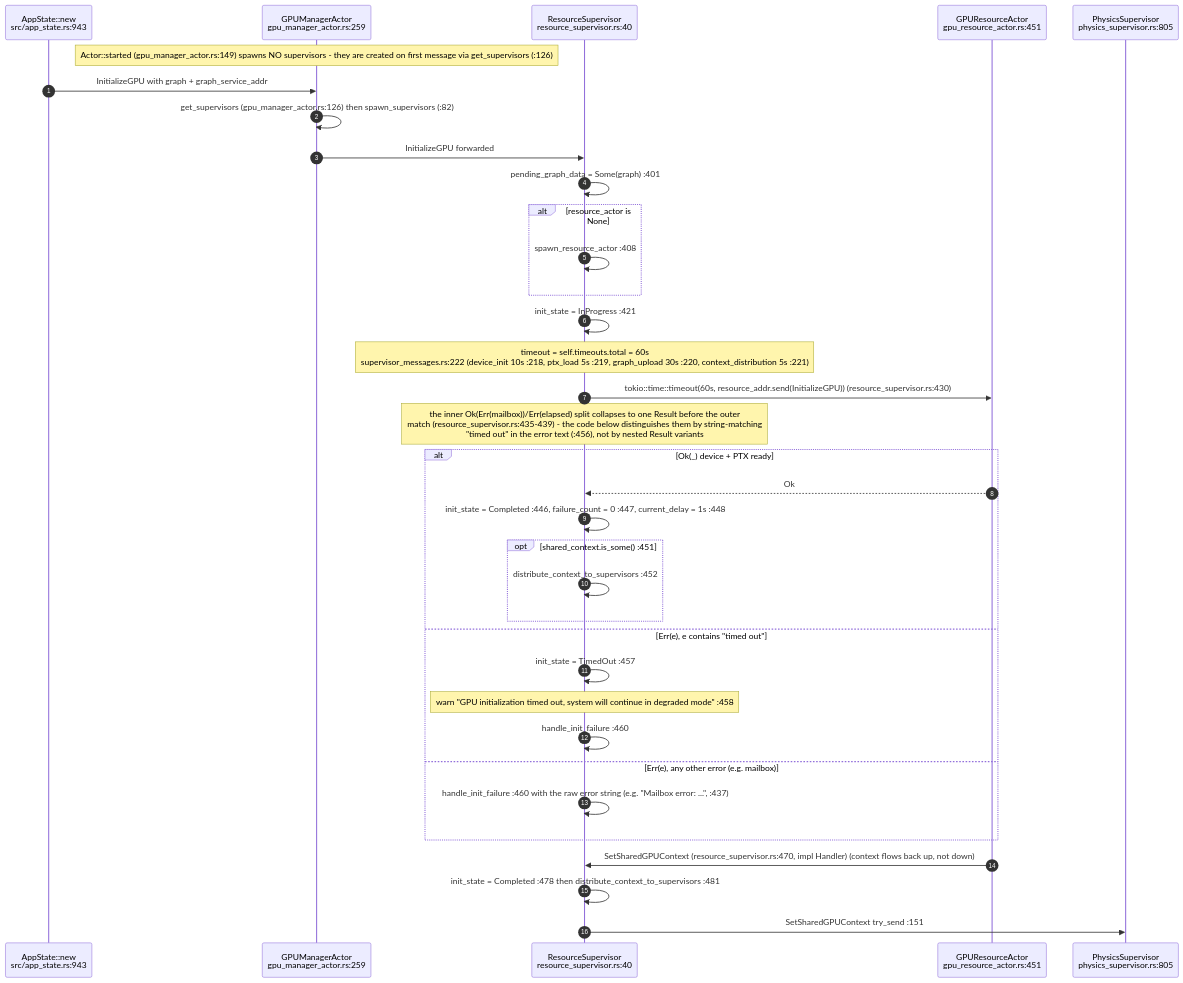
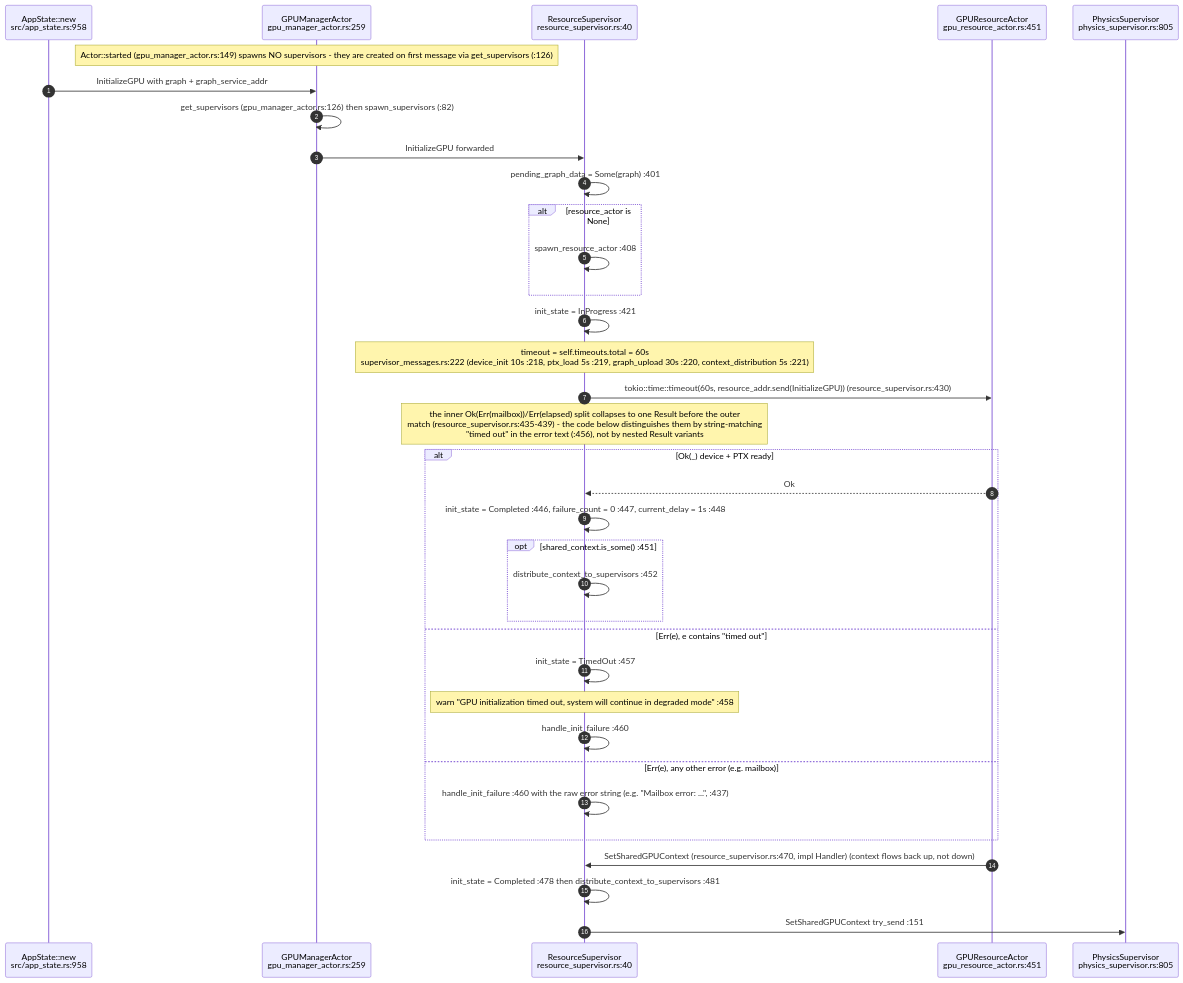
The second of 8 diagrams in docs/diagrams/visionclaw/10-gpu-supervision-and-context-bus.md (DreamLab-AI/VisionFlow), drawn with Mermaid before and after one commit. The commit also changed other lines of this file and 173 other files, not shown here.

````diff
--- a/docs/diagrams/visionclaw/10-gpu-supervision-and-context-bus.md
+++ b/docs/diagrams/visionclaw/10-gpu-supervision-and-context-bus.md
@@ -87,38 +87,38 @@
 ```mermaid
 sequenceDiagram
     autonumber
-    participant APP as AppState::new<br/>src/app_state.rs:943
+    participant APP as AppState::new<br/>src/app_state.rs:958
     participant GM as GPUManagerActor<br/>gpu_manager_actor.rs:259
     participant RS as ResourceSupervisor<br/>resource_supervisor.rs:40
     participant GRA as GPUResourceActor<br/>gpu_resource_actor.rs:451
     participant PS as PhysicsSupervisor<br/>physics_supervisor.rs:805
 
     Note over GM: Actor::started (gpu_manager_actor.rs:149) spawns NO supervisors - they are created on first message via get_supervisors (:126)
     APP->>GM: InitializeGPU with graph + graph_service_addr
     GM->>GM: get_supervisors (gpu_manager_actor.rs:126) then spawn_supervisors (:82)
     GM->>RS: InitializeGPU forwarded
     RS->>RS: pending_graph_data = Some(graph) :401
     alt resource_actor is None
         RS->>RS: spawn_resource_actor :408
     end
     RS->>RS: init_state = InProgress :421
     Note over RS: timeout = self.timeouts.total = 60s<br/>supervisor_messages.rs:222 (device_init 10s :218, ptx_load 5s :219, graph_upload 30s :220, context_distribution 5s :221)
     RS->>GRA: tokio::time::timeout(60s, resource_addr.send(InitializeGPU)) (resource_supervisor.rs:430)
     Note over RS: the inner Ok(Err(mailbox))/Err(elapsed) split collapses to one Result before the outer<br/>match (resource_supervisor.rs:435-439) - the code below distinguishes them by string-matching<br/>"timed out" in the error text (:456), not by nested Result variants
     alt Ok(_) device + PTX ready
         GRA-->>RS: Ok
         RS->>RS: init_state = Completed :446, failure_count = 0 :447, current_delay = 1s :448
         opt shared_context.is_some() :451
             RS->>RS: distribute_context_to_supervisors :452
         end
     else Err(e), e contains "timed out"
         RS->>RS: init_state = TimedOut :457
         Note over RS: warn "GPU initialization timed out, system will continue in degraded mode" :458
         RS->>RS: handle_init_failure :460
     else Err(e), any other error (e.g. mailbox)
         RS->>RS: handle_init_failure :460 with the raw error string (e.g. "Mailbox error: ...", :437)
     end
     GRA->>RS: SetSharedGPUContext (resource_supervisor.rs:470, impl Handler) (context flows back up, not down)
     RS->>RS: init_state = Completed :478 then distribute_context_to_supervisors :481
     RS->>PS: SetSharedGPUContext try_send :151
 ```
````
